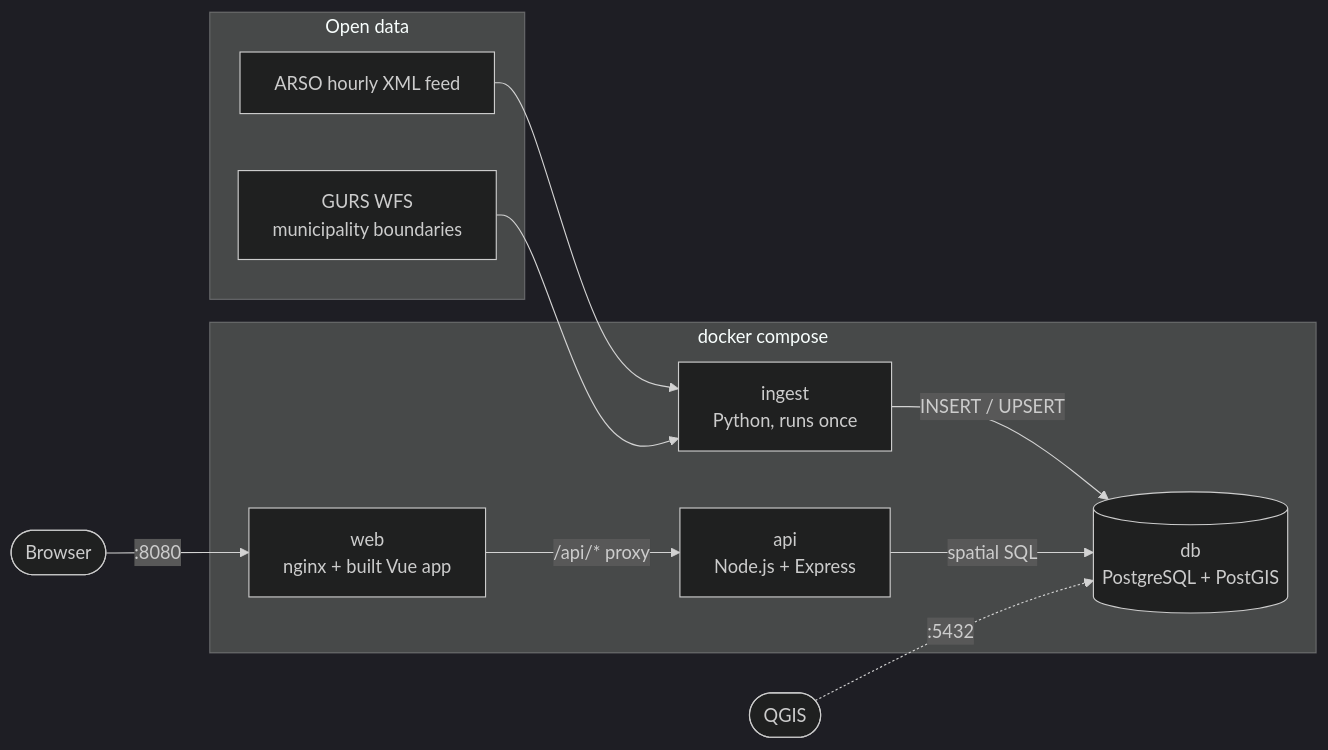
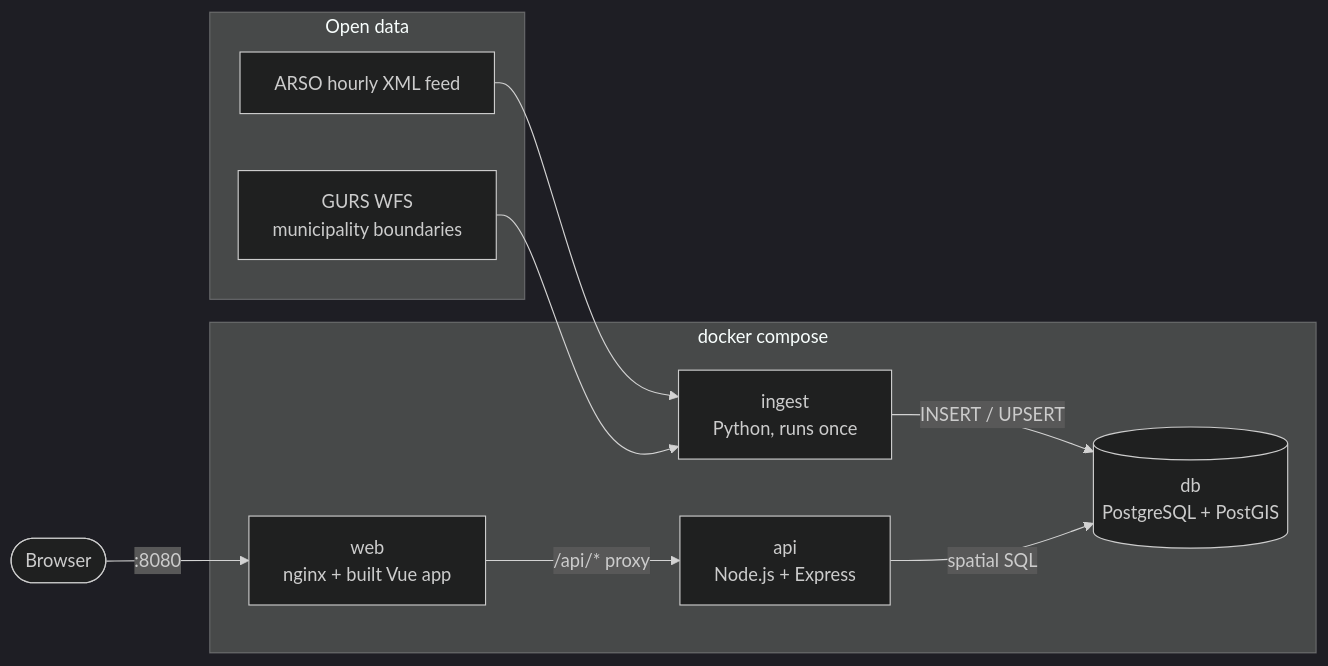
The diagram in README.md (stanojab/slovenia-air-gis), drawn with Mermaid (dark theme) before and after one commit. The commit also changed other lines of this file and 3 other files, not shown here.

````diff
--- a/README.md
+++ b/README.md
@@ -29,22 +29,21 @@
 ```mermaid
 flowchart LR
     subgraph sources[Open data]
         ARSO[ARSO hourly XML feed]
         GURS[GURS WFS<br/>municipality boundaries]
     end
 
     subgraph compose[docker compose]
         ingest[ingest<br/>Python, runs once]
         db[(db<br/>PostgreSQL + PostGIS)]
         api[api<br/>Node.js + Express]
         web[web<br/>nginx + built Vue app]
     end
 
     ARSO --> ingest
     GURS --> ingest
     ingest -- INSERT / UPSERT --> db
     api -- spatial SQL --> db
     web -- /api/* proxy --> api
     browser([Browser]) -- :8080 --> web
-    qgis([QGIS]) -. :5432 .-> db
 ```
````
